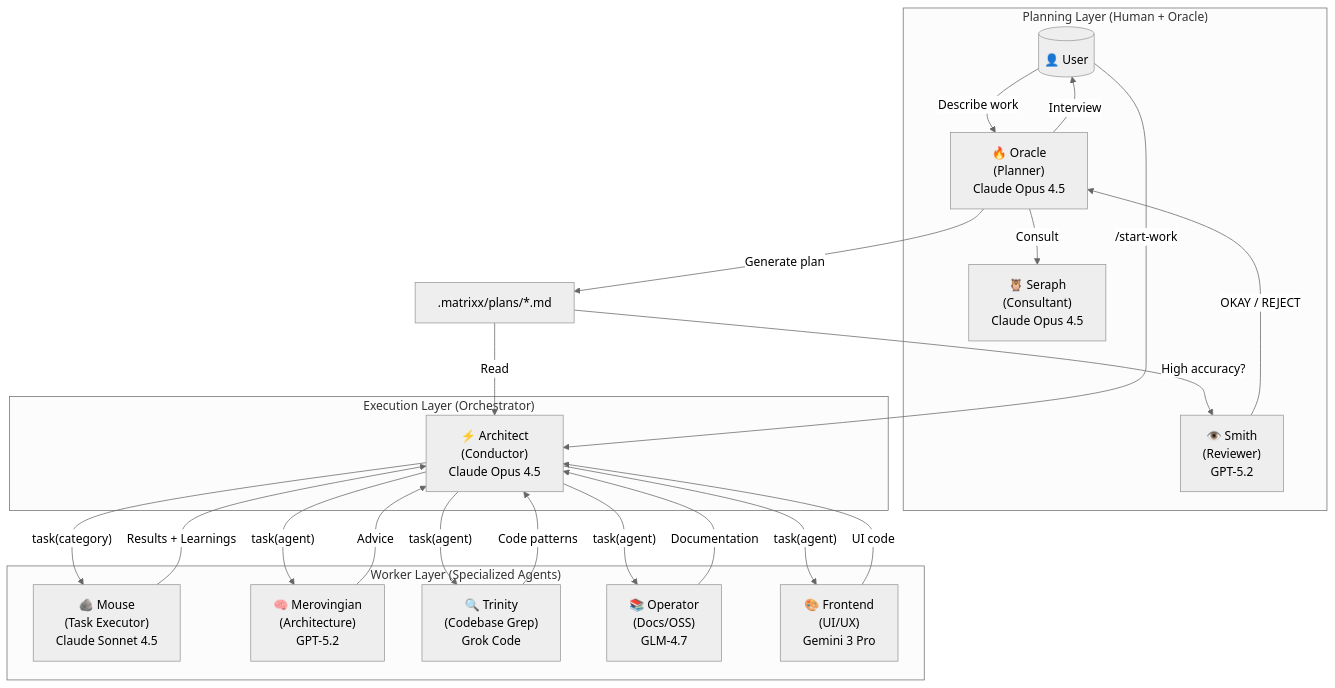
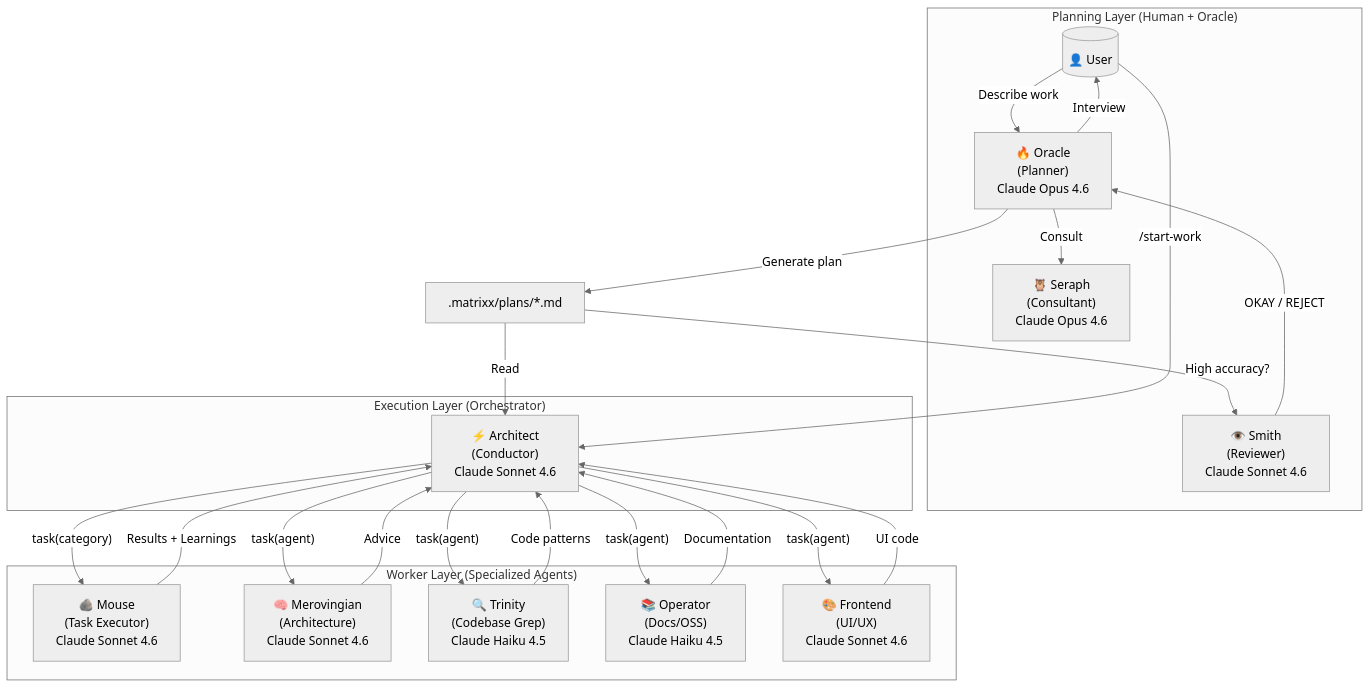
One commit to klpanagi/opencode-matrixx changed the first of 4 diagrams in docs/guide/understanding-orchestration-system.md. Above: the diagram before and after it, drawn with Mermaid (neutral theme). The commit also changed other lines of this file and 3 other files, not shown here.

````diff
--- a/docs/guide/understanding-orchestration-system.md
+++ b/docs/guide/understanding-orchestration-system.md
@@ -22,43 +22,43 @@
 ```mermaid
 flowchart TB
     subgraph Planning["Planning Layer (Human + Oracle)"]
         User[("👤 User")]
-        Oracle["🔥 Oracle<br/>(Planner)<br/>Claude Opus 4.5"]
-        Seraph["🦉 Seraph<br/>(Consultant)<br/>Claude Opus 4.5"]
-        Smith["👁️ Smith<br/>(Reviewer)<br/>GPT-5.2"]
+        Oracle["🔥 Oracle<br/>(Planner)<br/>Claude Opus 4.6"]
+        Seraph["🦉 Seraph<br/>(Consultant)<br/>Claude Opus 4.6"]
+        Smith["👁️ Smith<br/>(Reviewer)<br/>Claude Sonnet 4.6"]
     end
     
     subgraph Execution["Execution Layer (Orchestrator)"]
-        Orchestrator["⚡ Architect<br/>(Conductor)<br/>Claude Opus 4.5"]
+        Orchestrator["⚡ Architect<br/>(Conductor)<br/>Claude Sonnet 4.6"]
     end
     
     subgraph Workers["Worker Layer (Specialized Agents)"]
-        Junior["🪨 Mouse<br/>(Task Executor)<br/>Claude Sonnet 4.5"]
-        Merovingian["🧠 Merovingian<br/>(Architecture)<br/>GPT-5.2"]
-        Trinity["🔍 Trinity<br/>(Codebase Grep)<br/>Grok Code"]
-        Operator["📚 Operator<br/>(Docs/OSS)<br/>GLM-4.7"]
-        Frontend["🎨 Frontend<br/>(UI/UX)<br/>Gemini 3 Pro"]
+        Junior["🪨 Mouse<br/>(Task Executor)<br/>Claude Sonnet 4.6"]
+        Merovingian["🧠 Merovingian<br/>(Architecture)<br/>Claude Sonnet 4.6"]
+        Trinity["🔍 Trinity<br/>(Codebase Grep)<br/>Claude Haiku 4.5"]
+        Operator["📚 Operator<br/>(Docs/OSS)<br/>Claude Haiku 4.5"]
+        Frontend["🎨 Frontend<br/>(UI/UX)<br/>Claude Sonnet 4.6"]
     end
     
     User -->|"Describe work"| Oracle
     Oracle -->|"Consult"| Seraph
     Oracle -->|"Interview"| User
     Oracle -->|"Generate plan"| Plan[".matrixx/plans/*.md"]
     Plan -->|"High accuracy?"| Smith
     Smith -->|"OKAY / REJECT"| Oracle
     
     User -->|"/start-work"| Orchestrator
     Plan -->|"Read"| Orchestrator
     
     Orchestrator -->|"task(category)"| Junior
     Orchestrator -->|"task(agent)"| Merovingian
     Orchestrator -->|"task(agent)"| Trinity
     Orchestrator -->|"task(agent)"| Operator
     Orchestrator -->|"task(agent)"| Frontend
     
     Junior -->|"Results + Learnings"| Orchestrator
     Merovingian -->|"Advice"| Orchestrator
     Trinity -->|"Code patterns"| Orchestrator
     Operator -->|"Documentation"| Orchestrator
     Frontend -->|"UI code"| Orchestrator
 ```
````
